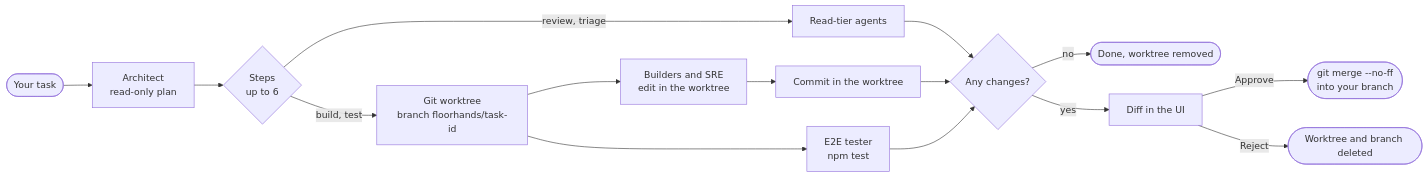
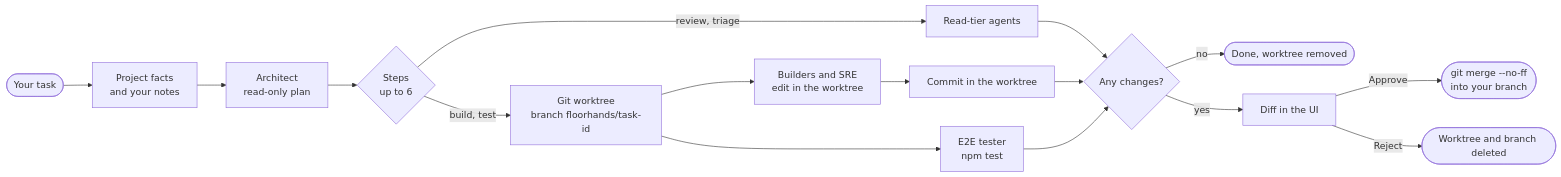
One commit to SuryaSatyaNikhil503/floorhands changed the diagram in README.md. Above: the diagram before and after it, drawn with Mermaid. The commit also changed other lines of this file and 2 other files, not shown here.

````diff
--- a/README.md
+++ b/README.md
@@ -39,17 +41,18 @@
 ```mermaid
 flowchart LR
-    T([Your task]) --> A[Architect<br/>read-only plan]
+    T([Your task]) --> F[Project facts<br/>and your notes]
+    F --> A[Architect<br/>read-only plan]
     A --> R{Steps<br/>up to 6}
     R -->|review, triage| RO[Read-tier agents]
     R -->|build, test| WT["Git worktree<br/>branch floorhands/task-id"]
     WT --> B[Builders and SRE<br/>edit in the worktree]
     WT --> E[E2E tester<br/>npm test]
     B --> C[Commit in the worktree]
     RO --> D{Any changes?}
     C --> D
     E --> D
     D -->|no| Done([Done, worktree removed])
     D -->|yes| Diff[Diff in the UI]
     Diff -->|Approve| M(["git merge --no-ff<br/>into your branch"])
     Diff -->|Reject| X([Worktree and branch deleted])
 ```
````
